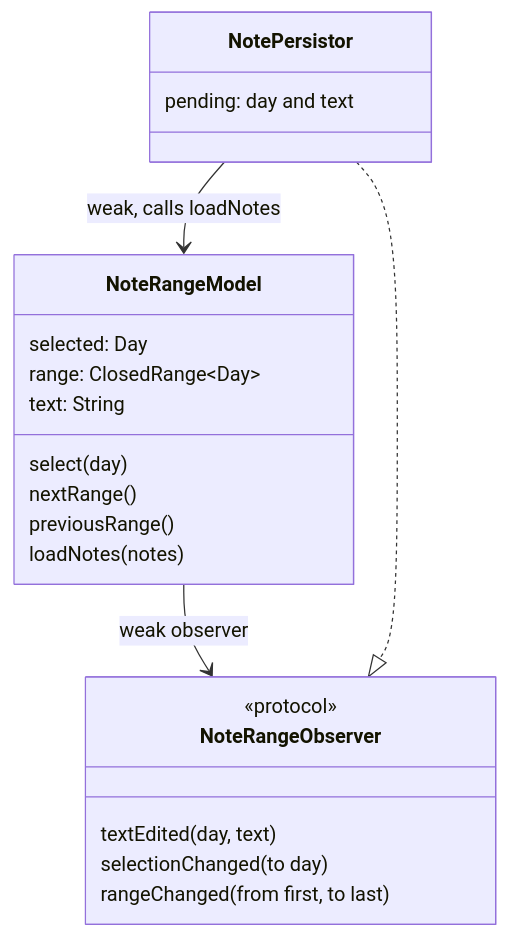
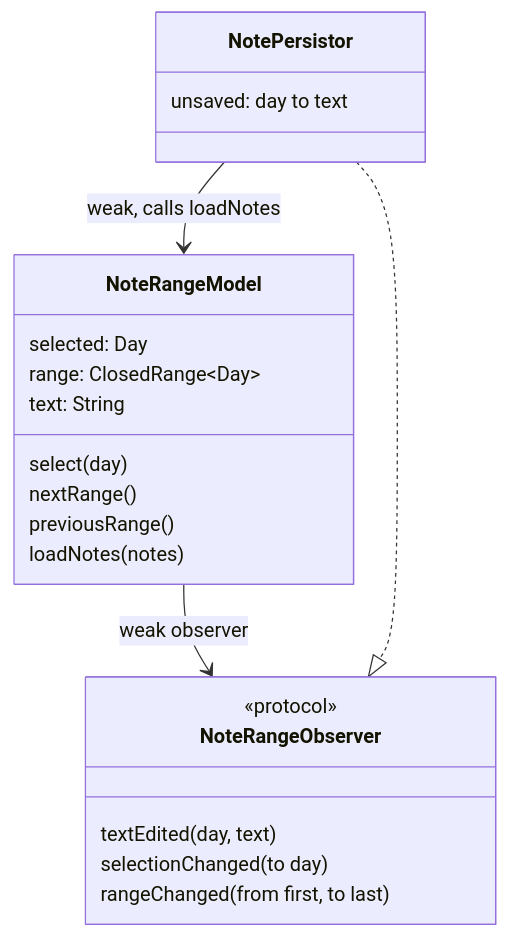
Before and after one commit to rockem/everline: the second of 6 diagrams in docs/ARCHITECTURE.md, drawn with Mermaid. The commit also changed other lines of this file and 5 other files, not shown here.

````diff
--- a/docs/ARCHITECTURE.md
+++ b/docs/ARCHITECTURE.md
@@ -56,24 +56,24 @@
 ```mermaid
 classDiagram
     class NoteRangeObserver {
         <<protocol>>
         textEdited(day, text)
         selectionChanged(to day)
         rangeChanged(from first, to last)
     }
     class NoteRangeModel {
         selected: Day
         range: ClosedRange~Day~
         text: String
         select(day)
         nextRange()
         previousRange()
         loadNotes(notes)
     }
     class NotePersistor {
-        pending: day and text
+        unsaved: day to text
     }
     NoteRangeModel --> NoteRangeObserver : weak observer
     NotePersistor ..|> NoteRangeObserver
     NotePersistor --> NoteRangeModel : weak, calls loadNotes
 ```
````
